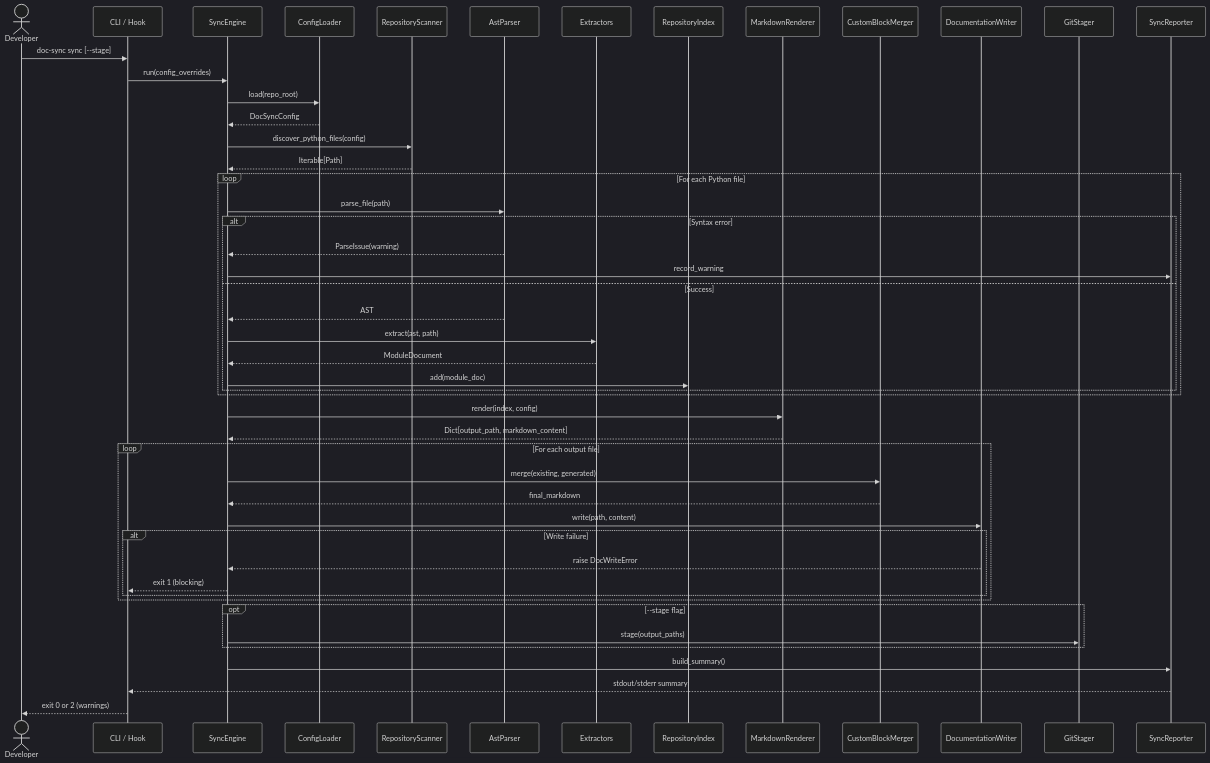
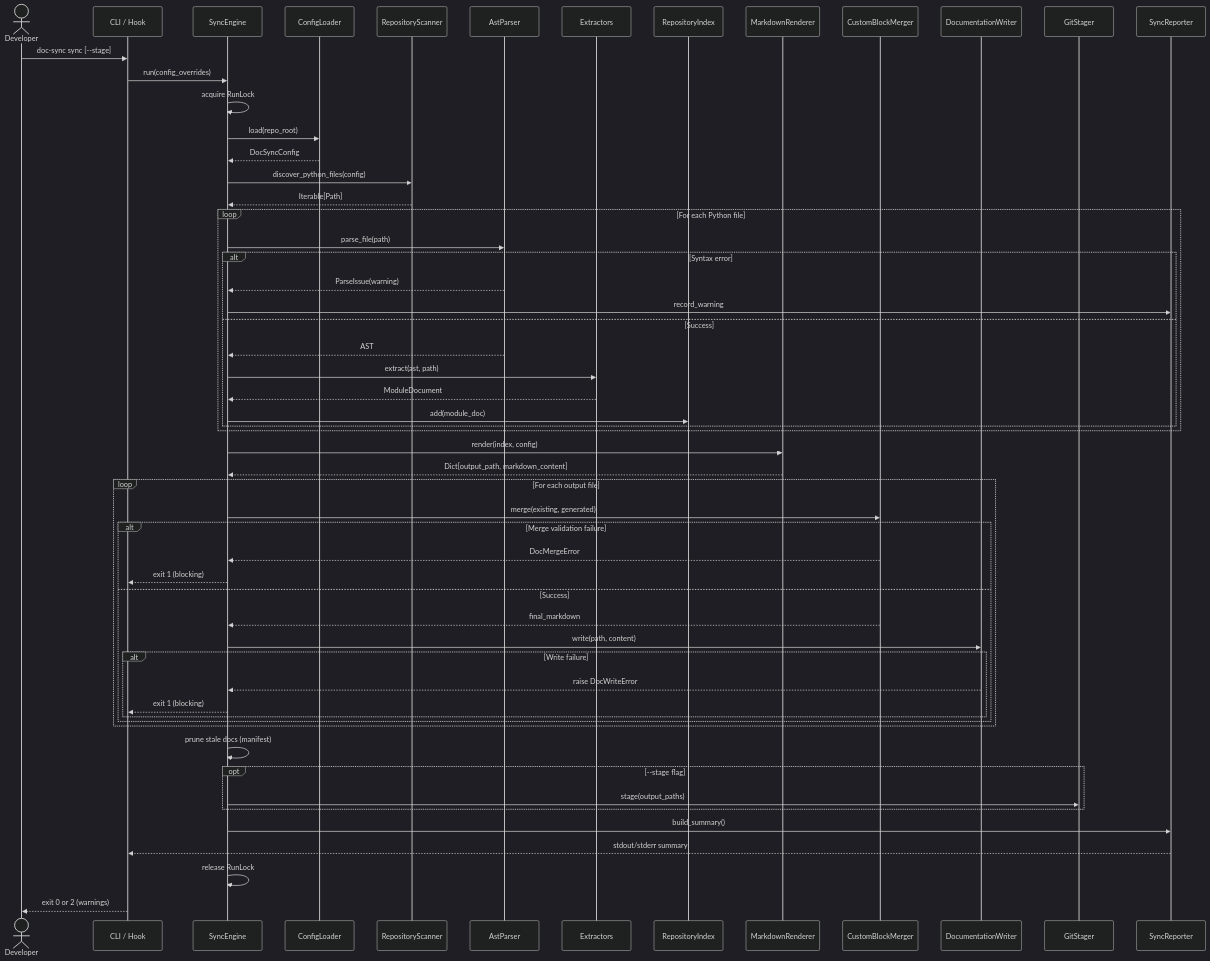
One commit to ruchikajoshi88-source/automated-doc-sync changed the third of 7 diagrams in architecture.md. Above: the diagram before and after it, drawn with Mermaid (dark theme). The commit also changed other lines of this file and 1 other file, not shown here.

Commit message:
docs: complete design review and update architecture

````diff
--- a/architecture.md
+++ b/architecture.md
@@ -313,58 +328,67 @@
 ```mermaid
 sequenceDiagram
     actor Dev as Developer
     participant CLI as CLI / Hook
     participant Engine as SyncEngine
     participant Config as ConfigLoader
     participant Scan as RepositoryScanner
     participant Parse as AstParser
     participant Ext as Extractors
     participant Models as RepositoryIndex
     participant Render as MarkdownRenderer
     participant Merge as CustomBlockMerger
     participant Write as DocumentationWriter
     participant Git as GitStager
     participant Report as SyncReporter
 
     Dev->>CLI: doc-sync sync [--stage]
     CLI->>Engine: run(config_overrides)
+    Engine->>Engine: acquire RunLock
     Engine->>Config: load(repo_root)
     Config-->>Engine: DocSyncConfig
 
     Engine->>Scan: discover_python_files(config)
     Scan-->>Engine: Iterable[Path]
 
     loop For each Python file
         Engine->>Parse: parse_file(path)
         alt Syntax error
             Parse-->>Engine: ParseIssue(warning)
             Engine->>Report: record_warning
         else Success
             Parse-->>Engine: AST
             Engine->>Ext: extract(ast, path)
             Ext-->>Engine: ModuleDocument
             Engine->>Models: add(module_doc)
         end
     end
 
     Engine->>Render: render(index, config)
     Render-->>Engine: Dict[output_path, markdown_content]
 
     loop For each output file
         Engine->>Merge: merge(existing, generated)
-        Merge-->>Engine: final_markdown
-        Engine->>Write: write(path, content)
-        alt Write failure
-            Write-->>Engine: raise DocWriteError
+        alt Merge validation failure
+            Merge-->>Engine: DocMergeError
             Engine-->>CLI: exit 1 (blocking)
+        else Success
+            Merge-->>Engine: final_markdown
+            Engine->>Write: write(path, content)
+            alt Write failure
+                Write-->>Engine: raise DocWriteError
+                Engine-->>CLI: exit 1 (blocking)
+            end
         end
     end
+
+    Engine->>Engine: prune stale docs (manifest)
 
     opt --stage flag
         Engine->>Git: stage(output_paths)
     end
 
     Engine->>Report: build_summary()
     Report-->>CLI: stdout/stderr summary
+    Engine->>Engine: release RunLock
     CLI-->>Dev: exit 0 or 2 (warnings)
 ```
````
